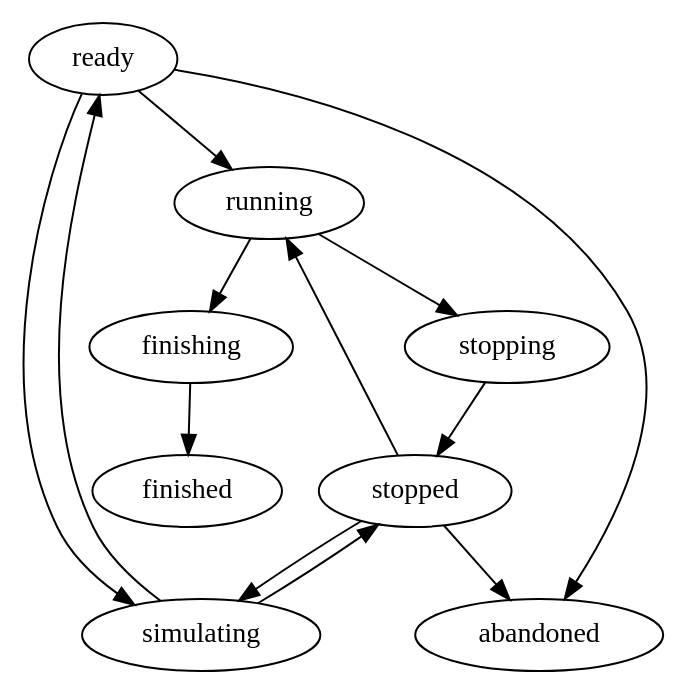
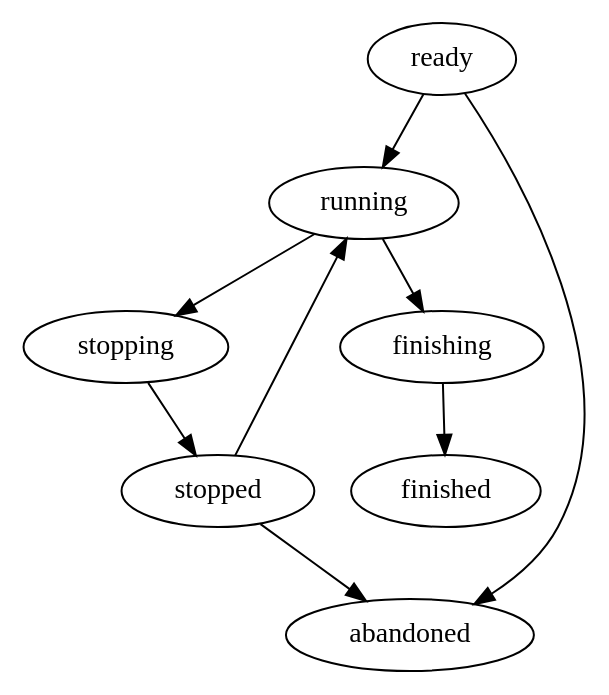
The diagram in server/resources/states.dot (etm/CPEE), drawn with Graphviz before and after one commit. The commit also changed 8 other files, not shown here.

```diff
--- a/server/resources/states.dot
+++ b/server/resources/states.dot
@@ -1,15 +1,11 @@
 digraph States {
   ready -> running;
-  ready -> simulating;
   ready -> abandoned;
   running -> stopping;
   stopped -> running;
-  stopped -> simulating;
   stopped -> abandoned;
 
   running -> finishing;
-  simulating -> ready;
-  simulating -> stopped;
   finishing -> finished;
   stopping -> stopped;
 }
```
